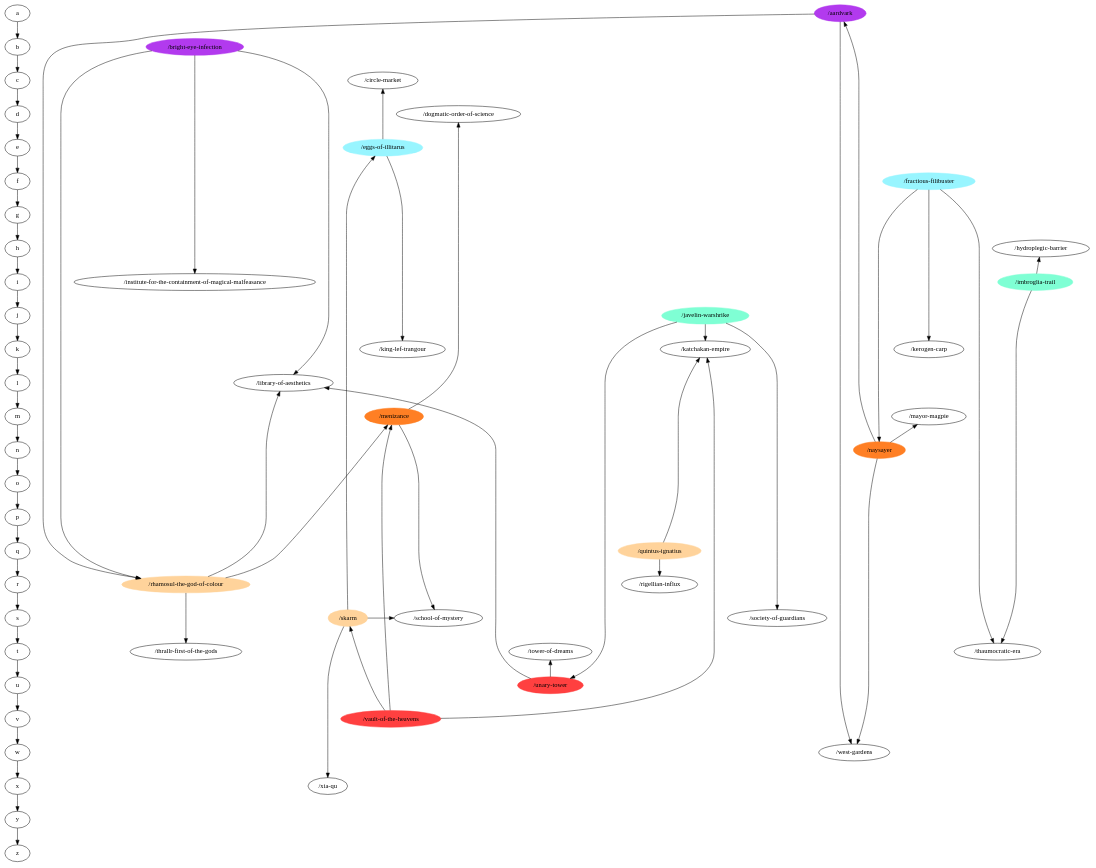
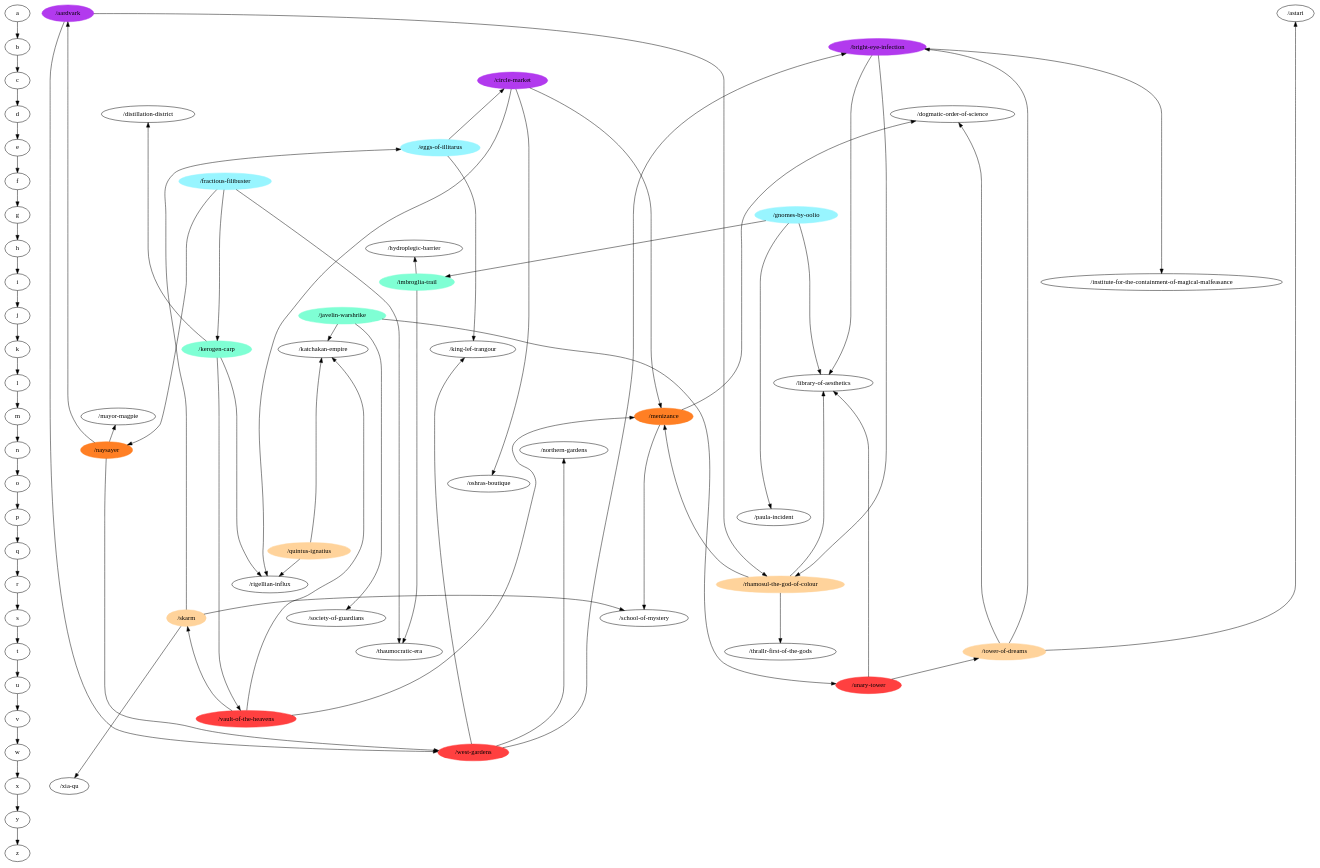
Before and after one commit to m-r-hunt/od117-walker: the diagram in at-ranked.dot, drawn with Graphviz. The commit also changed 4 other files, not shown here.

Commit message:
Updated graphs.

```diff
--- a/at-ranked.dot
+++ b/at-ranked.dot
@@ -1,144 +1,165 @@
 digraph G {
 a->b->c->d->e->f->g->h->i->j->k->l->m->n->o->p->q->r->s->t->u->v->w->x->y->z;
 { rank=same;
 a;
+"/astari";
 "/aardvark" [color=darkorchid2,style=filled];
 }
 { rank=same;
 b;
 "/bright-eye-infection" [color=darkorchid2,style=filled];
 }
 { rank=same;
 c;
-"/circle-market";
+"/circle-market" [color=darkorchid2,style=filled];
 }
 { rank=same;
 d;
+"/distillation-district";
 "/dogmatic-order-of-science";
 }
 { rank=same;
 e;
 "/eggs-of-illitarus" [color=cadetblue1,style=filled];
 }
 { rank=same;
 f;
 "/fractious-filibuster" [color=cadetblue1,style=filled];
 }
 { rank=same;
 g;
+"/gnomes-by-oolio" [color=cadetblue1,style=filled];
 }
 { rank=same;
 h;
 "/hydroplegic-barrier";
 }
 { rank=same;
 i;
 "/institute-for-the-containment-of-magical-malfeasance";
 "/imbroglia-trail" [color=aquamarine,style=filled];
 }
 { rank=same;
 j;
 "/javelin-warshrike" [color=aquamarine,style=filled];
 }
 { rank=same;
 k;
-"/kerogen-carp";
+"/kerogen-carp" [color=aquamarine,style=filled];
 "/king-lef-trangour";
 "/katchakan-empire";
 }
 { rank=same;
 l;
 "/library-of-aesthetics";
 }
 { rank=same;
 m;
 "/mayor-magpie";
 "/menizance" [color=chocolate1,style=filled];
 }
 { rank=same;
 n;
 "/naysayer" [color=chocolate1,style=filled];
+"/northern-gardens";
 }
 { rank=same;
 o;
+"/oshras-boutique";
 }
 { rank=same;
 p;
+"/paula-incident";
 }
 { rank=same;
 q;
 "/quintus-ignatius" [color=burlywood1,style=filled];
 }
 { rank=same;
 r;
 "/rhamosul-the-god-of-colour" [color=burlywood1,style=filled];
 "/rigellian-influx";
 }
 { rank=same;
 s;
 "/skarm" [color=burlywood1,style=filled];
 "/school-of-mystery";
 "/society-of-guardians";
 }
 { rank=same;
 t;
 "/thrallr-first-of-the-gods";
 "/thaumocratic-era";
-"/tower-of-dreams";
+"/tower-of-dreams" [color=burlywood1,style=filled];
 }
 { rank=same;
 u;
 "/unary-tower" [color=brown1,style=filled];
 }
 { rank=same;
 v;
 "/vault-of-the-heavens" [color=brown1,style=filled];
 }
 { rank=same;
 w;
-"/west-gardens";
+"/west-gardens" [color=brown1,style=filled];
 }
 { rank=same;
 x;
 "/xia-qu";
 }
 { rank=same;
 y;
 }
 { rank=same;
 z;
 }
 "/unary-tower" -> "/tower-of-dreams";
 "/unary-tower" -> "/library-of-aesthetics";
+"/kerogen-carp" -> "/distillation-district";
+"/kerogen-carp" -> "/vault-of-the-heavens";
+"/kerogen-carp" -> "/rigellian-influx";
 "/skarm" -> "/school-of-mystery";
 "/skarm" -> "/eggs-of-illitarus";
 "/skarm" -> "/xia-qu";
 "/javelin-warshrike" -> "/unary-tower";
 "/javelin-warshrike" -> "/society-of-guardians";
 "/javelin-warshrike" -> "/katchakan-empire";
 "/imbroglia-trail" -> "/thaumocratic-era";
 "/imbroglia-trail" -> "/hydroplegic-barrier";
 "/rhamosul-the-god-of-colour" -> "/thrallr-first-of-the-gods";
 "/rhamosul-the-god-of-colour" -> "/library-of-aesthetics";
 "/rhamosul-the-god-of-colour" -> "/menizance";
 "/eggs-of-illitarus" -> "/king-lef-trangour";
 "/eggs-of-illitarus" -> "/circle-market";
 "/naysayer" -> "/west-gardens";
 "/naysayer" -> "/mayor-magpie";
 "/naysayer" -> "/aardvark";
 "/quintus-ignatius" -> "/rigellian-influx";
 "/quintus-ignatius" -> "/katchakan-empire";
 "/bright-eye-infection" -> "/institute-for-the-containment-of-magical-malfeasance";
 "/bright-eye-infection" -> "/rhamosul-the-god-of-colour";
 "/bright-eye-infection" -> "/library-of-aesthetics";
 "/vault-of-the-heavens" -> "/skarm";
 "/vault-of-the-heavens" -> "/menizance";
 "/vault-of-the-heavens" -> "/katchakan-empire";
+"/west-gardens" -> "/king-lef-trangour";
+"/west-gardens" -> "/northern-gardens";
+"/west-gardens" -> "/bright-eye-infection";
+"/tower-of-dreams" -> "/bright-eye-infection";
+"/tower-of-dreams" -> "/astari";
+"/tower-of-dreams" -> "/dogmatic-order-of-science";
 "/fractious-filibuster" -> "/kerogen-carp";
 "/fractious-filibuster" -> "/naysayer";
 "/fractious-filibuster" -> "/thaumocratic-era";
+"/gnomes-by-oolio" -> "/imbroglia-trail";
+"/gnomes-by-oolio" -> "/paula-incident";
+"/gnomes-by-oolio" -> "/library-of-aesthetics";
+"/circle-market" -> "/oshras-boutique";
+"/circle-market" -> "/rigellian-influx";
+"/circle-market" -> "/menizance";
 "/menizance" -> "/school-of-mystery";
 "/menizance" -> "/dogmatic-order-of-science";
 "/aardvark" -> "/rhamosul-the-god-of-colour";
 "/aardvark" -> "/west-gardens";
 }
```
